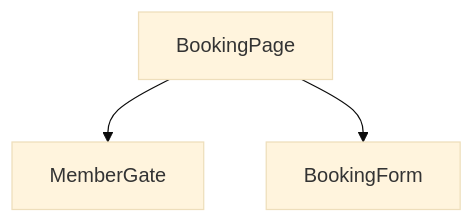
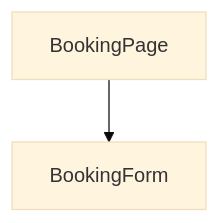
Before and after one commit to summer10920/summer10920.github.io: the eighth of 10 diagrams in source/_posts/lokiTech-15day-12-project-travel.md, drawn with Mermaid (base theme). The commit also changed other lines of this file and 3 other files, not shown here.

```diff
--- a/source/_posts/lokiTech-15day-12-project-travel.md
+++ b/source/_posts/lokiTech-15day-12-project-travel.md
@@ -2890,4 +3472,3 @@
 {% mermaid graph TD %}
-  page["BookingPage"] --> gate["MemberGate"]
-  page --> form["BookingForm"]
+  page["BookingPage"] --> form["BookingForm"]
 {% endmermaid %}
```
